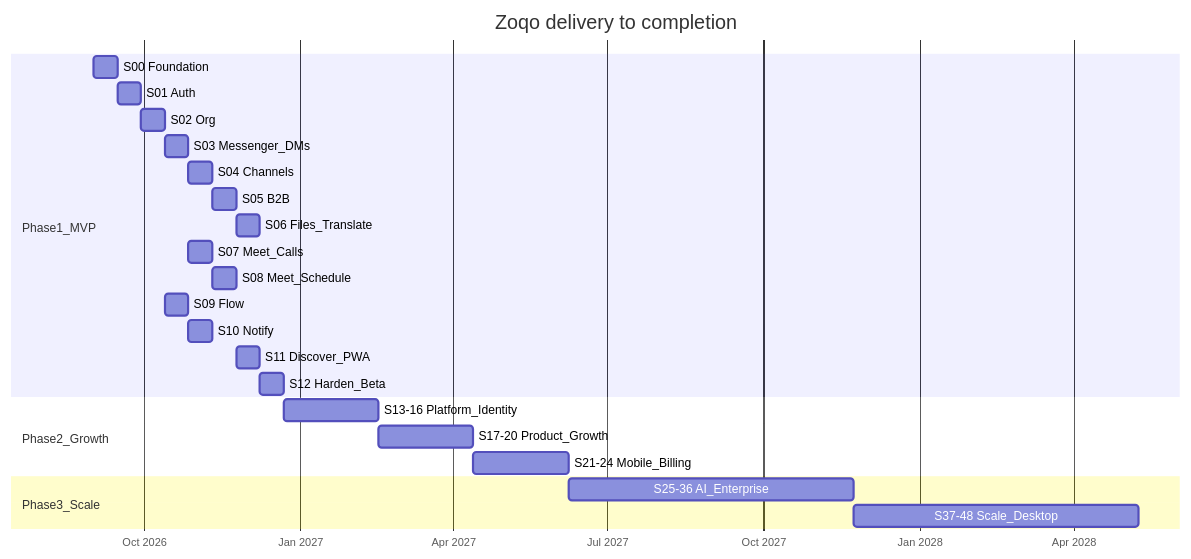
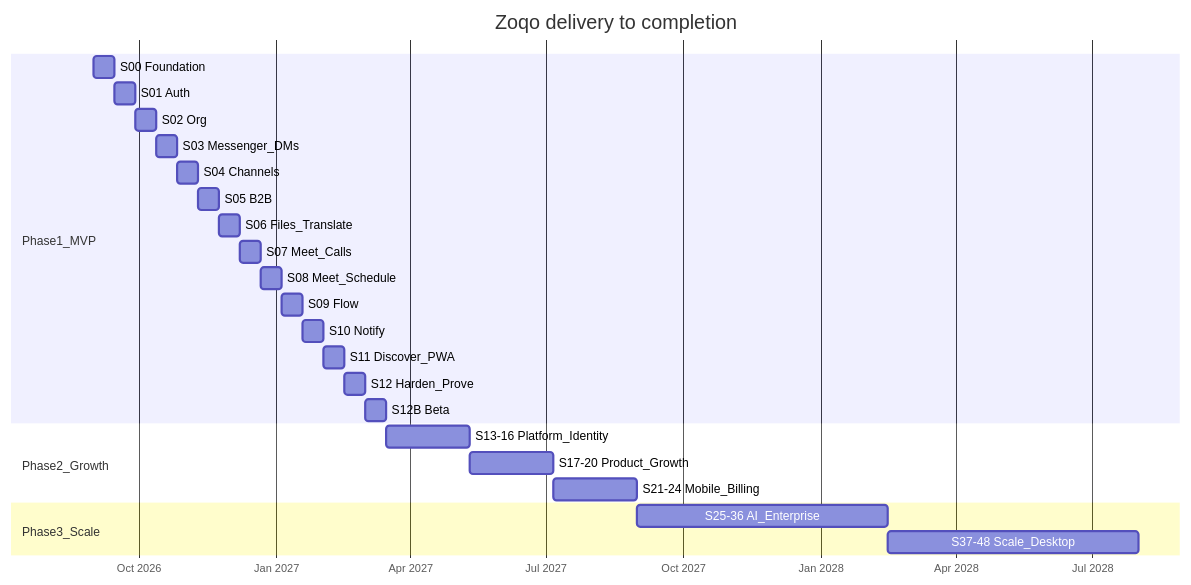
Before and after one commit to ObaidulKabir/zoco: the diagram in ZOQO-SPRINTS-001.md, drawn with Mermaid. The commit also changed other lines of this file and 133 other files, not shown here.

````diff
--- a/ZOQO-SPRINTS-001.md
+++ b/ZOQO-SPRINTS-001.md
@@ -40,30 +40,31 @@
 ```mermaid
 gantt
     title Zoqo delivery to completion
     dateFormat  YYYY-MM-DD
     axisFormat  %b %Y
 
     section Phase1_MVP
     S00 Foundation           :s0, 2026-09-01, 14d
     S01 Auth                 :s1, after s0, 14d
     S02 Org                  :s2, after s1, 14d
     S03 Messenger_DMs        :s3, after s2, 14d
     S04 Channels             :s4, after s3, 14d
     S05 B2B                  :s5, after s4, 14d
     S06 Files_Translate      :s6, after s5, 14d
-    S07 Meet_Calls           :s7, after s3, 14d
+    S07 Meet_Calls           :s7, after s6, 14d
     S08 Meet_Schedule        :s8, after s7, 14d
-    S09 Flow                 :s9, after s2, 14d
+    S09 Flow                 :s9, after s8, 14d
     S10 Notify               :s10, after s9, 14d
-    S11 Discover_PWA         :s11, after s5, 14d
-    S12 Harden_Beta          :s12, after s11, 14d
+    S11 Discover_PWA         :s11, after s10, 14d
+    S12 Harden_Prove         :s12, after s11, 14d
+    S12B Beta                :s12b, after s12, 14d
 
     section Phase2_Growth
-    S13-16 Platform_Identity :s13, after s12, 56d
+    S13-16 Platform_Identity :s13, after s12b, 56d
     S17-20 Product_Growth    :s17, after s13, 56d
     S21-24 Mobile_Billing    :s21, after s17, 56d
 
     section Phase3_Scale
     S25-36 AI_Enterprise     :s25, after s21, 168d
     S37-48 Scale_Desktop     :s37, after s25, 168d
 ```
````
